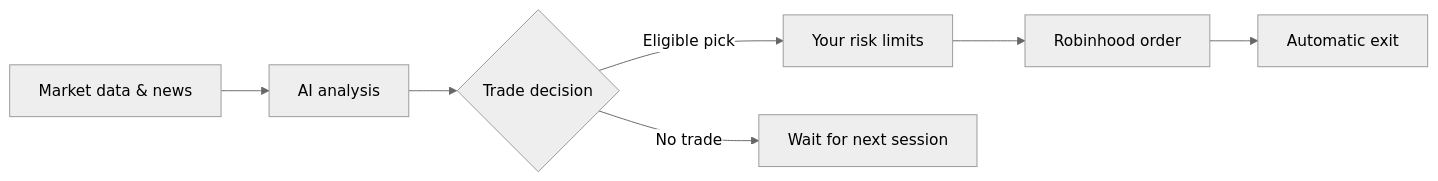
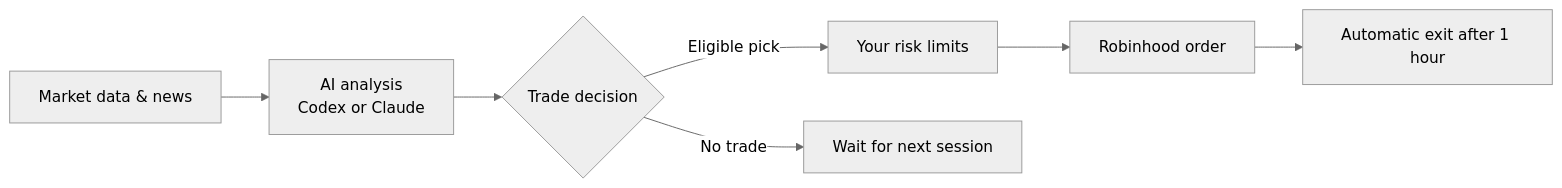
One commit to danielye0010/TradeAgent changed the diagram in README.md. Above: the diagram before and after it, drawn with Mermaid (neutral theme). The commit also changed other lines of this file and 5 other files, not shown here.

First line of the commit message:
README: user-oriented, Codex or Claude; Claude timing fixes (#30)

````diff
--- a/README.md
+++ b/README.md
@@ -25,9 +37,9 @@
 ```mermaid
 flowchart LR
-    A[Market data & news] --> B[AI analysis]
+    A[Market data & news] --> B[AI analysis<br/>Codex or Claude]
     B --> C{Trade decision}
     C -->|Eligible pick| D[Your risk limits]
     C -->|No trade| E[Wait for next session]
     D --> F[Robinhood order]
-    F --> G[Automatic exit]
+    F --> G[Automatic exit after 1 hour]
 ```
````
